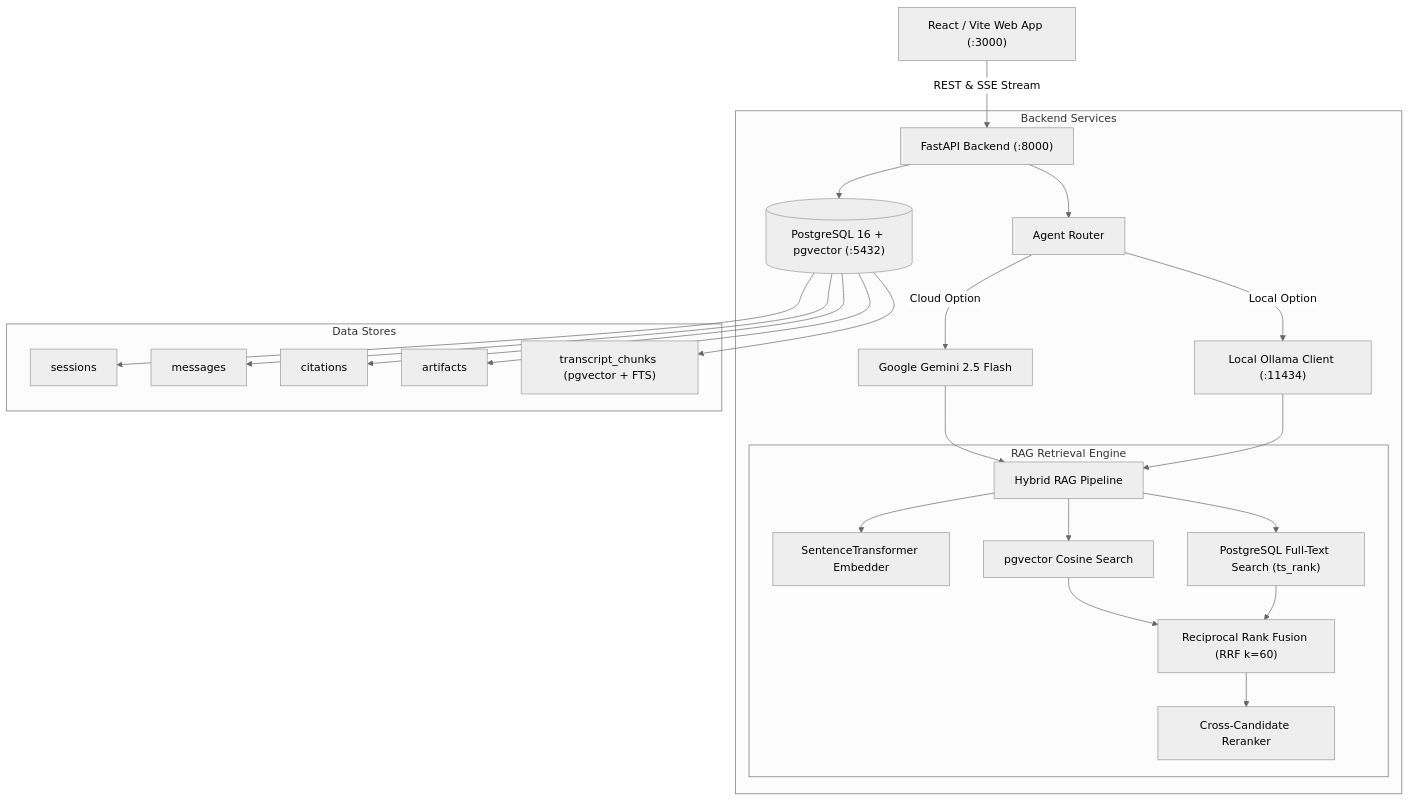
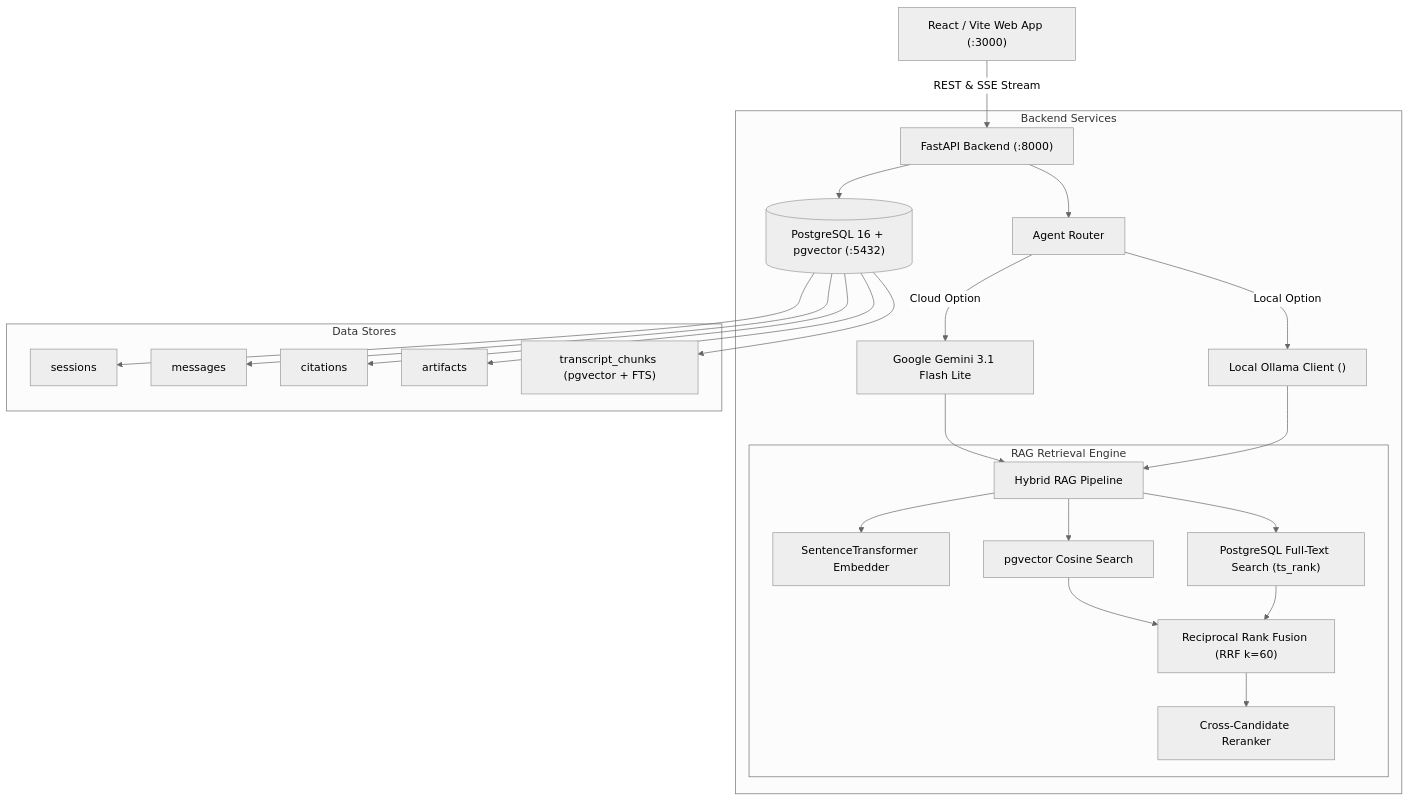
Before and after one commit to ShriAmogh/Oogway-Labs-FDE: the first of 3 diagrams in docs/architecture.md, drawn with Mermaid (neutral theme). The commit also changed other lines of this file and 1 other file, not shown here.

Commit message:
docs: update cloud model name to Google Gemini 3.1 Flash Lite across architectural diagrams

````diff
--- a/docs/architecture.md
+++ b/docs/architecture.md
@@ -8,32 +8,32 @@
 ```mermaid
 graph TD
     Client["React / Vite Web App (:3000)"] -->|REST & SSE Stream| API["FastAPI Backend (:8000)"]
     
     subgraph Backend_Services ["Backend Services"]
         API --> AgentRouter["Agent Router"]
         API --> DB[("PostgreSQL 16 + pgvector (:5432)")]
         
-        AgentRouter -->|Cloud Option| GeminiAgent["Google Gemini 2.5 Flash"]
-        AgentRouter -->|Local Option| OllamaAgent["Local Ollama Client (:11434)"]
+        AgentRouter -->|Cloud Option| GeminiAgent["Google Gemini 3.1 Flash Lite"]
+        AgentRouter -->|Local Option| OllamaAgent["Local Ollama Client ()"]
         
         GeminiAgent --> RAG["Hybrid RAG Pipeline"]
         OllamaAgent --> RAG
         
         subgraph RAG_Engine ["RAG Retrieval Engine"]
             RAG --> Embedder["SentenceTransformer Embedder"]
             RAG --> DenseSearch["pgvector Cosine Search"]
             RAG --> SparseSearch["PostgreSQL Full-Text Search (ts_rank)"]
             DenseSearch --> RRF["Reciprocal Rank Fusion (RRF k=60)"]
             SparseSearch --> RRF
             RRF --> Reranker["Cross-Candidate Reranker"]
         end
     end
     
     subgraph Data_Stores ["Data Stores"]
         DB --> SessionsTbl["sessions"]
         DB --> MessagesTbl["messages"]
         DB --> CitationsTbl["citations"]
         DB --> ArtifactsTbl["artifacts"]
         DB --> ChunksTbl["transcript_chunks (pgvector + FTS)"]
     end
 ```
````
